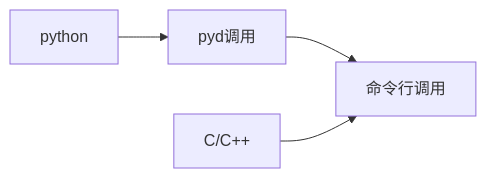
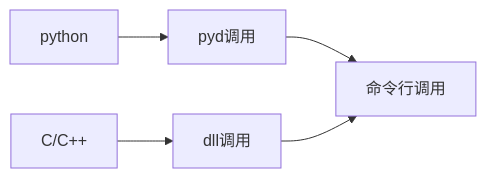
Before and after one commit to xystudio889/pyClickMouse: the second of 2 diagrams in README.md, drawn with Mermaid. The commit also changed other lines of this file and 13 other files, not shown here.

````diff
--- a/README.md
+++ b/README.md
@@ -99,5 +106,5 @@
 ```mermaid
 graph LR
 A[python] --> B[pyd调用] --> D[命令行调用]
-C[C/C++] --> D
+C[C/C++] --> E[dll调用] --> D
 ```
````
